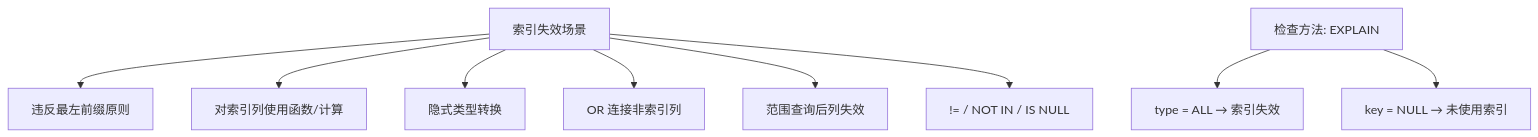
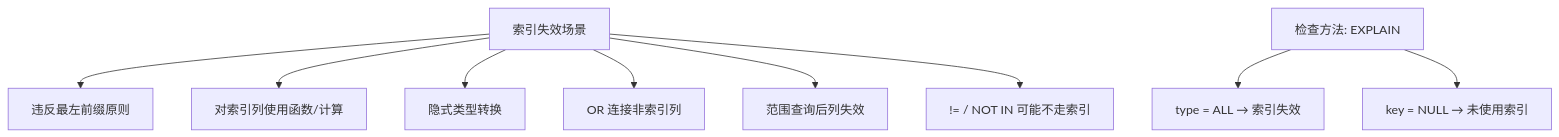
The first of 4 diagrams in docs/12.数据库/关系型数据库/MySQL/[MySQL]面试之索引篇.md (dunwu/waterdrop), drawn with Mermaid before and after one commit. The commit also changed other lines of this file and 10 other files, not shown here.

````diff
--- a/docs/12.数据库/关系型数据库/MySQL/[MySQL]面试之索引篇.md
+++ b/docs/12.数据库/关系型数据库/MySQL/[MySQL]面试之索引篇.md
@@ -73,11 +73,11 @@
 ```mermaid
 graph TB
     A["索引失效场景"] --> B["违反最左前缀原则"]
     A --> C["对索引列使用函数/计算"]
     A --> D["隐式类型转换"]
     A --> E["OR 连接非索引列"]
     A --> F["范围查询后列失效"]
-    A --> G["!= / NOT IN / IS NULL"]
+    A --> G["!= / NOT IN 可能不走索引"]
     H["检查方法: EXPLAIN"] --> I["type = ALL → 索引失效"]
     H --> J["key = NULL → 未使用索引"]
 ```
````
